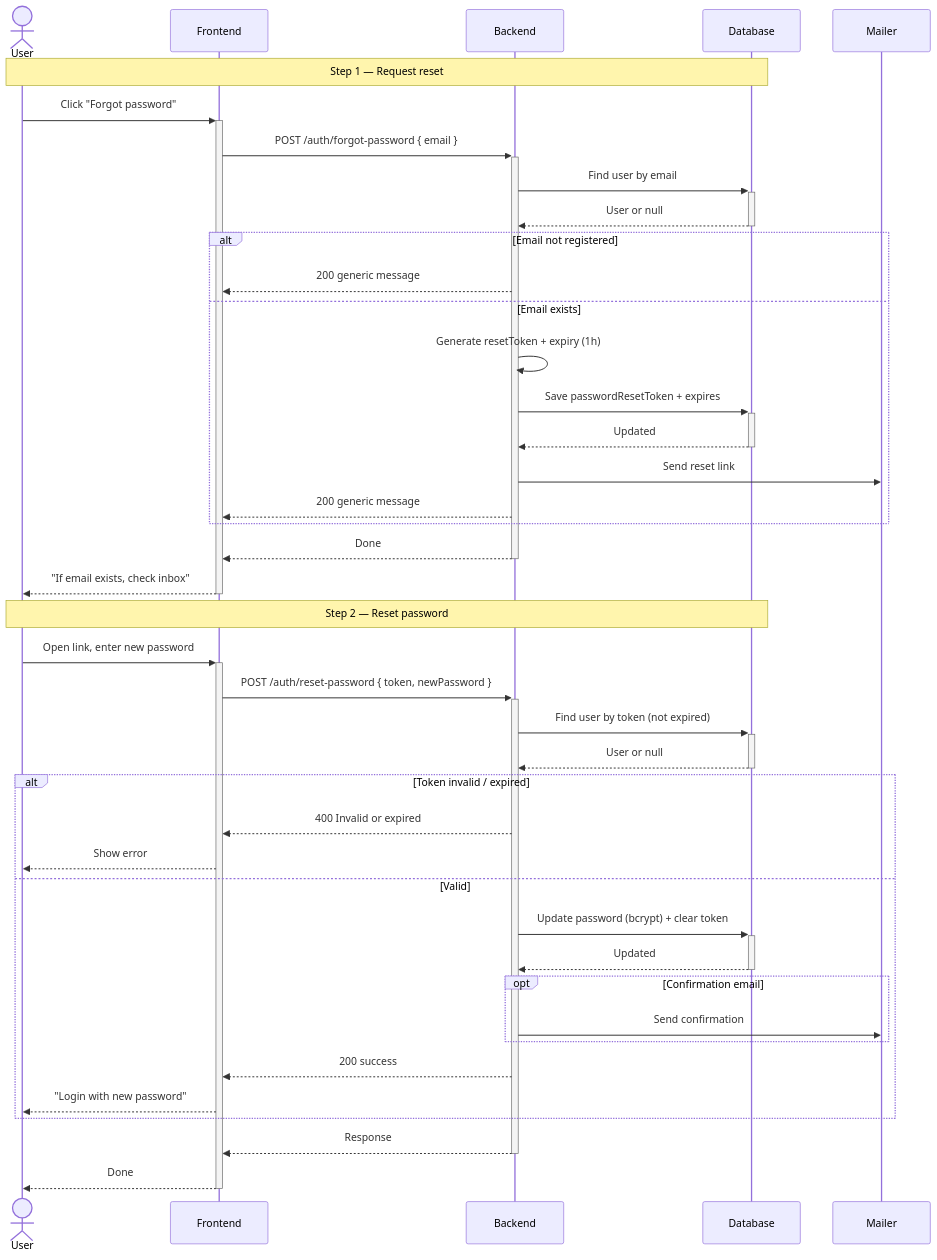
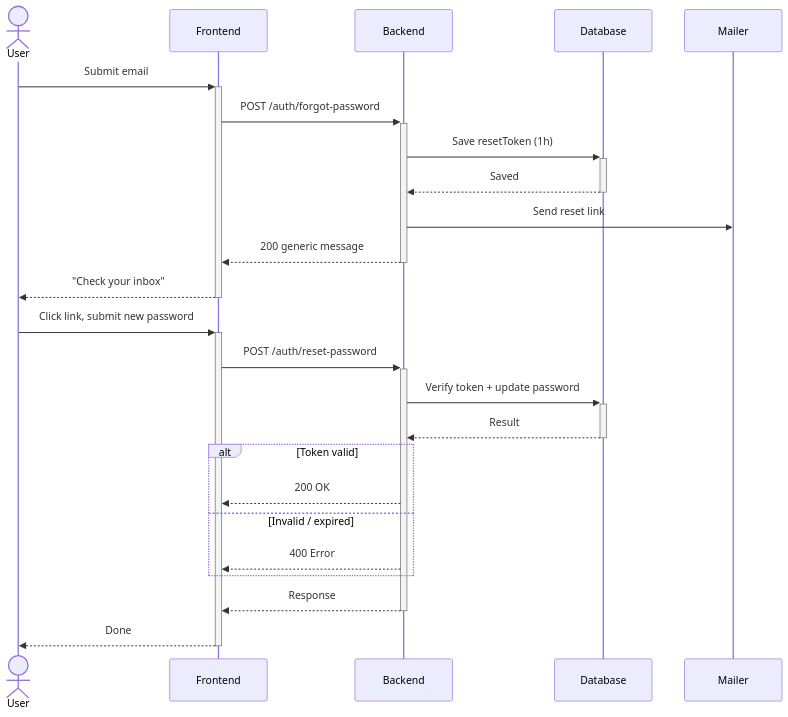
The fifth of 10 diagrams in docs/05_chapitre3_sprint1.md (MaizaAymen/OmniLearn), drawn with Mermaid before and after one commit. The commit also changed 1 other file, not shown here.

````diff
--- a/docs/05_chapitre3_sprint1.md
+++ b/docs/05_chapitre3_sprint1.md
@@ -223,51 +223,30 @@
 ```mermaid
 sequenceDiagram
     actor User
     participant FE as Frontend
     participant API as Backend
     participant DB as Database
     participant Mail as Mailer
 
-    Note over User,DB: Step 1 — Request reset
+    User->>+FE: Submit email
+    FE->>+API: POST /auth/forgot-password
+    API->>+DB: Save resetToken (1h)
+    DB-->>-API: Saved
+    API->>Mail: Send reset link
+    API-->>-FE: 200 generic message
+    FE-->>-User: "Check your inbox"
 
-    User->>+FE: Click "Forgot password"
-    FE->>+API: POST /auth/forgot-password { email }
-    API->>+DB: Find user by email
-    DB-->>-API: User or null
+    User->>+FE: Click link, submit new password
+    FE->>+API: POST /auth/reset-password
+    API->>+DB: Verify token + update password
+    DB-->>-API: Result
 
-    alt Email not registered
-        API-->>FE: 200 generic message
-    else Email exists
-        API->>API: Generate resetToken + expiry (1h)
-        API->>+DB: Save passwordResetToken + expires
-        DB-->>-API: Updated
-        API->>Mail: Send reset link
-        API-->>FE: 200 generic message
-    end
-
-    API-->>-FE: Done
-    FE-->>-User: "If email exists, check inbox"
-
-    Note over User,DB: Step 2 — Reset password
-
-    User->>+FE: Open link, enter new password
-    FE->>+API: POST /auth/reset-password { token, newPassword }
-    API->>+DB: Find user by token (not expired)
-    DB-->>-API: User or null
-
-    alt Token invalid / expired
-        API-->>FE: 400 Invalid or expired
-        FE-->>User: Show error
-    else Valid
-        API->>+DB: Update password (bcrypt) + clear token
-        DB-->>-API: Updated
-        opt Confirmation email
-            API->>Mail: Send confirmation
-        end
-        API-->>FE: 200 success
-        FE-->>User: "Login with new password"
+    alt Token valid
+        API-->>FE: 200 OK
+    else Invalid / expired
+        API-->>FE: 400 Error
     end
 
     API-->>-FE: Response
     FE-->>-User: Done
 ```
````
